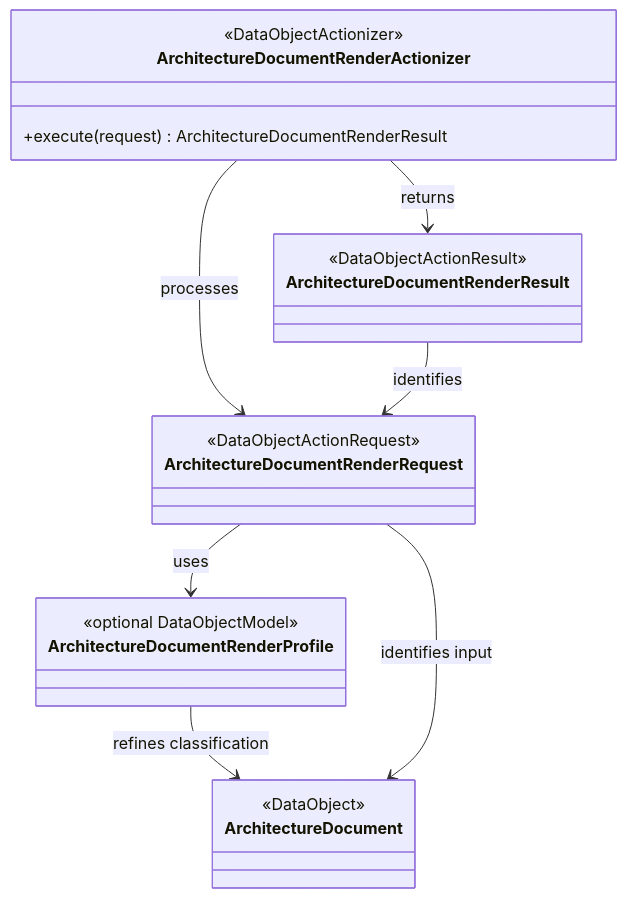
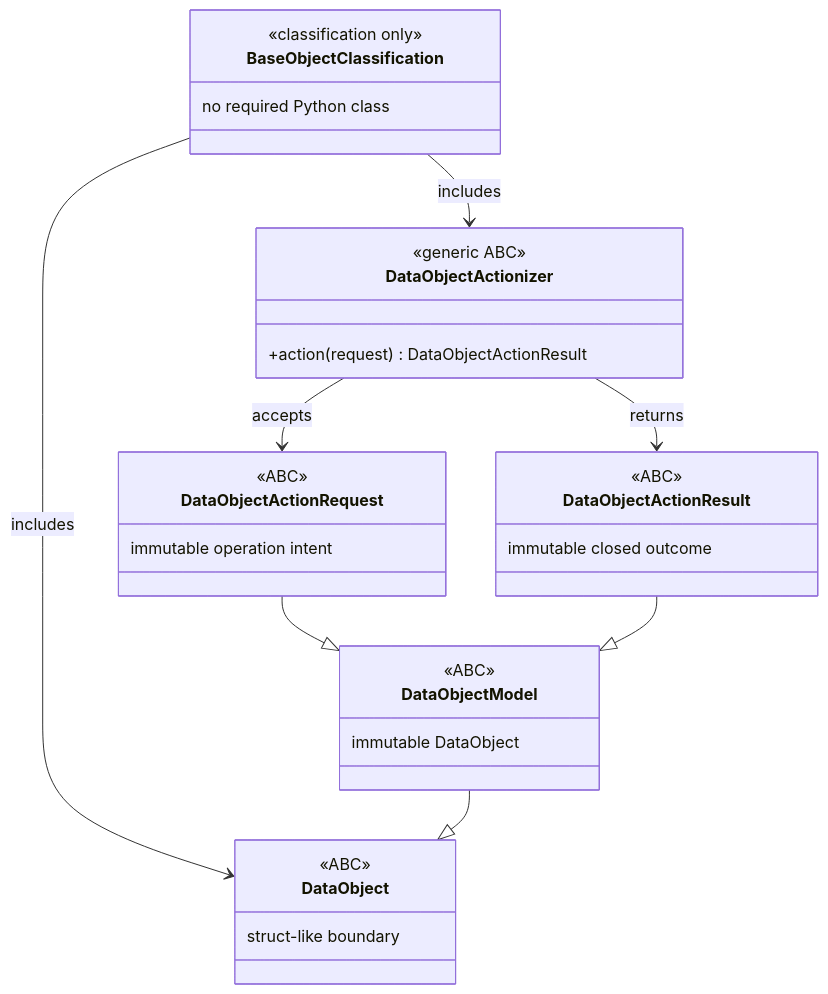
Before and after one commit to eragasa/projectkoios: the diagram in docs/architecture/v0/index.md, drawn with Mermaid. The commit also changed other lines of this file and 10 other files, not shown here.

Commit message:
feat: define thin data object base ABCs

````diff
--- a/docs/architecture/v0/index.md
+++ b/docs/architecture/v0/index.md
@@ -84,26 +93,35 @@
 ```mermaid
 classDiagram
-    class ArchitectureDocument {
-        <<DataObject>>
+    class BaseObjectClassification {
+        <<classification only>>
+        no required Python class
     }
-    class ArchitectureDocumentRenderProfile {
-        <<optional DataObjectModel>>
+    class DataObject {
+        <<ABC>>
+        struct-like boundary
     }
-    class ArchitectureDocumentRenderRequest {
-        <<DataObjectActionRequest>>
+    class DataObjectModel {
+        <<ABC>>
+        immutable DataObject
     }
-    class ArchitectureDocumentRenderActionizer {
-        <<DataObjectActionizer>>
-        +execute(request) ArchitectureDocumentRenderResult
+    class DataObjectActionRequest {
+        <<ABC>>
+        immutable operation intent
     }
-    class ArchitectureDocumentRenderResult {
-        <<DataObjectActionResult>>
+    class DataObjectActionizer {
+        <<generic ABC>>
+        +action(request) DataObjectActionResult
+    }
+    class DataObjectActionResult {
+        <<ABC>>
+        immutable closed outcome
     }
 
-    ArchitectureDocumentRenderProfile --> ArchitectureDocument : refines classification
-    ArchitectureDocumentRenderRequest --> ArchitectureDocument : identifies input
-    ArchitectureDocumentRenderRequest --> ArchitectureDocumentRenderProfile : uses
-    ArchitectureDocumentRenderActionizer --> ArchitectureDocumentRenderRequest : processes
-    ArchitectureDocumentRenderActionizer --> ArchitectureDocumentRenderResult : returns
-    ArchitectureDocumentRenderResult --> ArchitectureDocumentRenderRequest : identifies
+    BaseObjectClassification --> DataObject : includes
+    BaseObjectClassification --> DataObjectActionizer : includes
+    DataObjectModel --|> DataObject
+    DataObjectActionRequest --|> DataObjectModel
+    DataObjectActionResult --|> DataObjectModel
+    DataObjectActionizer --> DataObjectActionRequest : accepts
+    DataObjectActionizer --> DataObjectActionResult : returns
 ```
````
